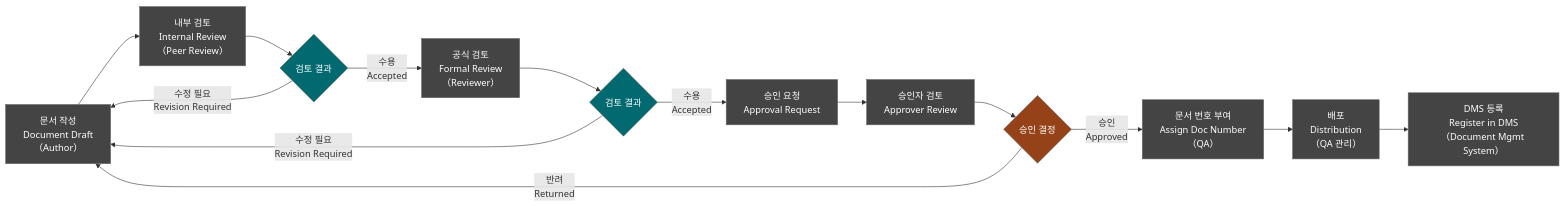
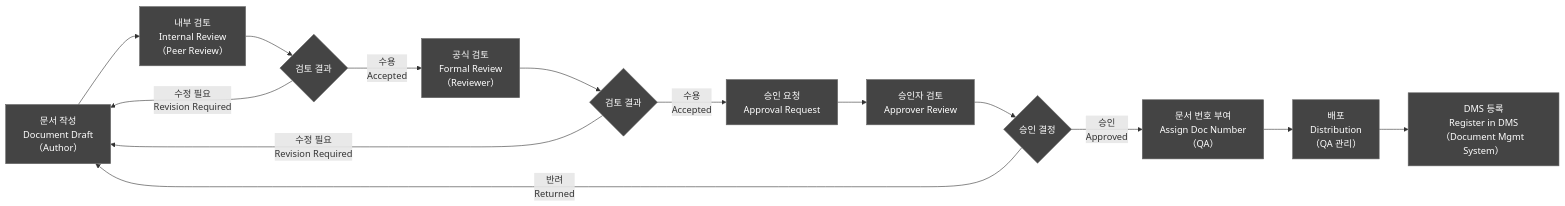
One commit to holee9/console-gui changed diagram 15 of 15 in docs/management/DOC-003a_SW_Development_Procedure_v1.0.md. Above: the diagram before and after it, drawn with Mermaid. The commit also changed other lines of this file and 35 other files, not shown here.

First line of the commit message:
fix: 전체 Mermaid 차트 색상 진한 회색 통일

````diff
--- a/docs/management/DOC-003a_SW_Development_Procedure_v1.0.md
+++ b/docs/management/DOC-003a_SW_Development_Procedure_v1.0.md
@@ -1309,21 +1309,21 @@
 ```mermaid
 flowchart LR
     classDef default fill:#444,stroke:#666,color:#fff
     A["문서 작성\nDocument Draft\n（Author）"] --> B["내부 검토\nInternal Review\n（Peer Review）"]
     B --> C{검토 결과}
     C -->|"수정 필요\nRevision Required"| A
     C -->|"수용\nAccepted"| D["공식 검토\nFormal Review\n（Reviewer）"]
     D --> E{검토 결과}
     E -->|"수정 필요\nRevision Required"| A
     E -->|"수용\nAccepted"| F["승인 요청\nApproval Request"]
     F --> G["승인자 검토\nApprover Review"]
     G --> H{승인 결정}
     H -->|"승인\nApproved"| I["문서 번호 부여\nAssign Doc Number\n（QA）"]
     H -->|"반려\nReturned"| A
     I --> J["배포\nDistribution\n（QA 관리）"]
     J --> K["DMS 등록\nRegister in DMS\n（Document Mgmt System）"]
 
-    style C fill:#01696F,color:#fff
-    style E fill:#01696F,color:#fff
-    style H fill:#964219,color:#fff
+    style C fill:#444,color:#fff
+    style E fill:#444,color:#fff
+    style H fill:#444,color:#fff
 ```
````
